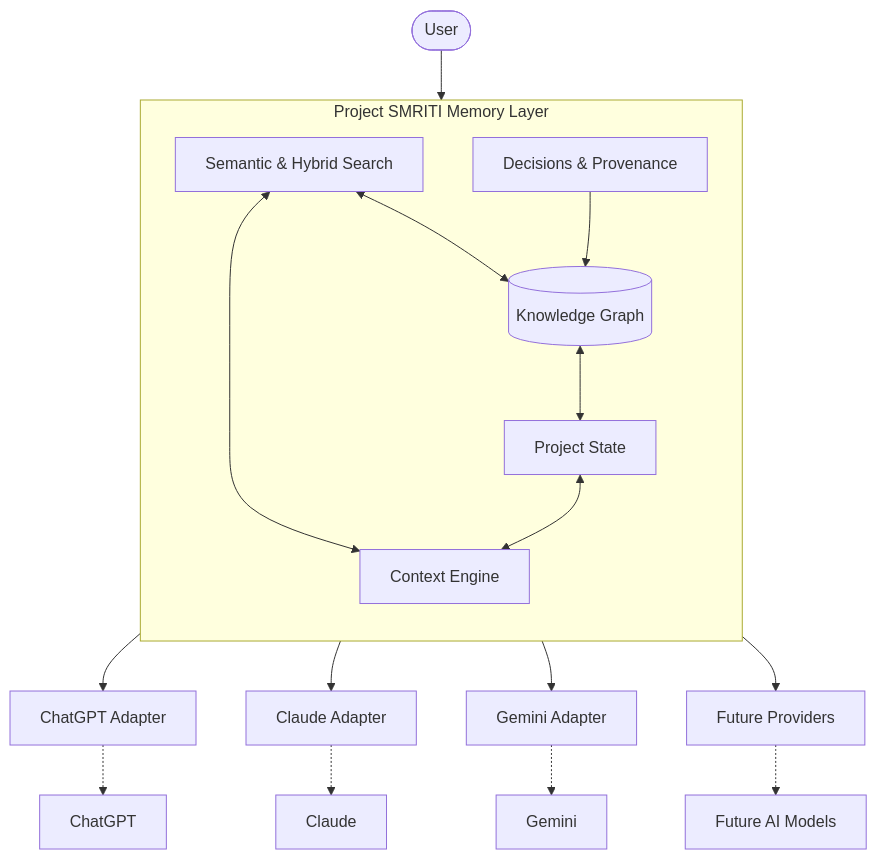
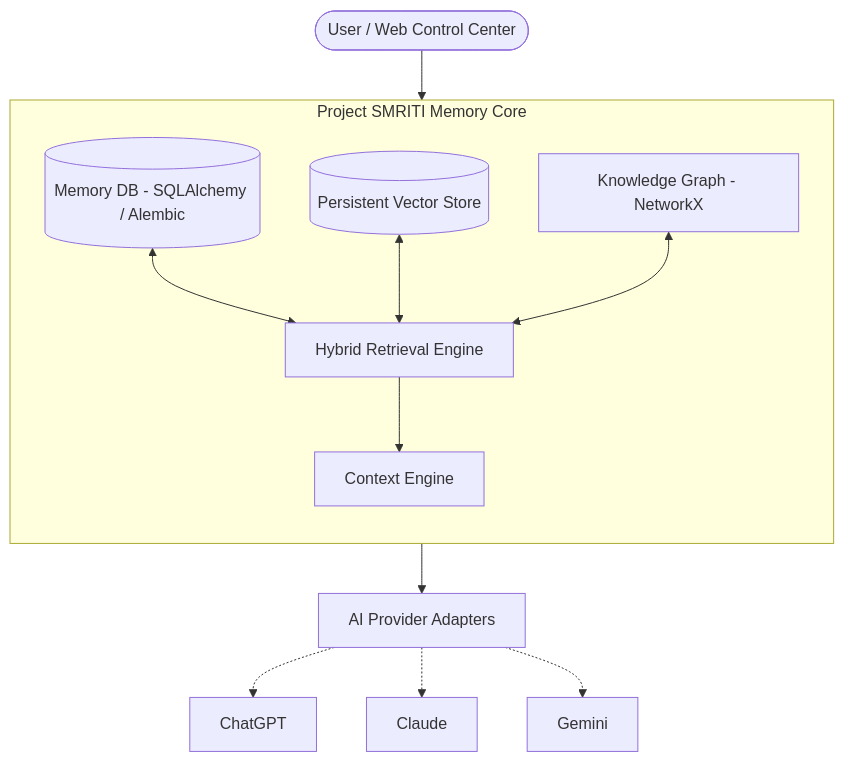
Before and after one commit to Aditya-Patil06/SMRITI: the diagram in README.md, drawn with Mermaid. The commit also changed other lines of this file and 12 other files, not shown here.

First line of the commit message:
feat(phase-1): harden SMRITI core foundation

````diff
--- a/README.md
+++ b/README.md
@@ -61,29 +68,23 @@
 ```mermaid
 flowchart TD
-    User([User]) --> SMRITI[Project SMRITI Core]
+    User([User / Web Control Center]) --> SMRITI[Project SMRITI Core]
     
-    subgraph SMRITI [Project SMRITI Memory Layer]
+    subgraph SMRITI [Project SMRITI Memory Core]
         direction TB
-        KG[(Knowledge Graph)]
-        PS[Project State]
-        CE[Context Engine]
-        Search[Semantic & Hybrid Search]
-        Decisions[Decisions & Provenance]
+        DB[(Memory DB - SQLAlchemy / Alembic)]
+        VecStore[(Persistent Vector Store)]
+        Graph[Knowledge Graph - NetworkX]
+        CtxEng[Context Engine]
+        Retr[Hybrid Retrieval Engine]
         
-        KG <--> PS
-        PS <--> CE
-        Search <--> KG
-        Search <--> CE
-        Decisions --> KG
+        DB <--> Retr
+        VecStore <--> Retr
+        Graph <--> Retr
+        Retr --> CtxEng
     end
     
-    CE --> AdapterChatGPT[ChatGPT Adapter]
-    CE --> AdapterClaude[Claude Adapter]
-    CE --> AdapterGemini[Gemini Adapter]
-    CE --> AdapterFuture[Future Providers]
-    
-    AdapterChatGPT -.-> ChatGPT[ChatGPT]
-    AdapterClaude -.-> Claude[Claude]
-    AdapterGemini -.-> Gemini[Gemini]
-    AdapterFuture -.-> FutureAI[Future AI Models]
+    CtxEng --> Adapters[AI Provider Adapters]
+    Adapters -.-> ChatGPT[ChatGPT]
+    Adapters -.-> Claude[Claude]
+    Adapters -.-> Gemini[Gemini]
 ```
````
